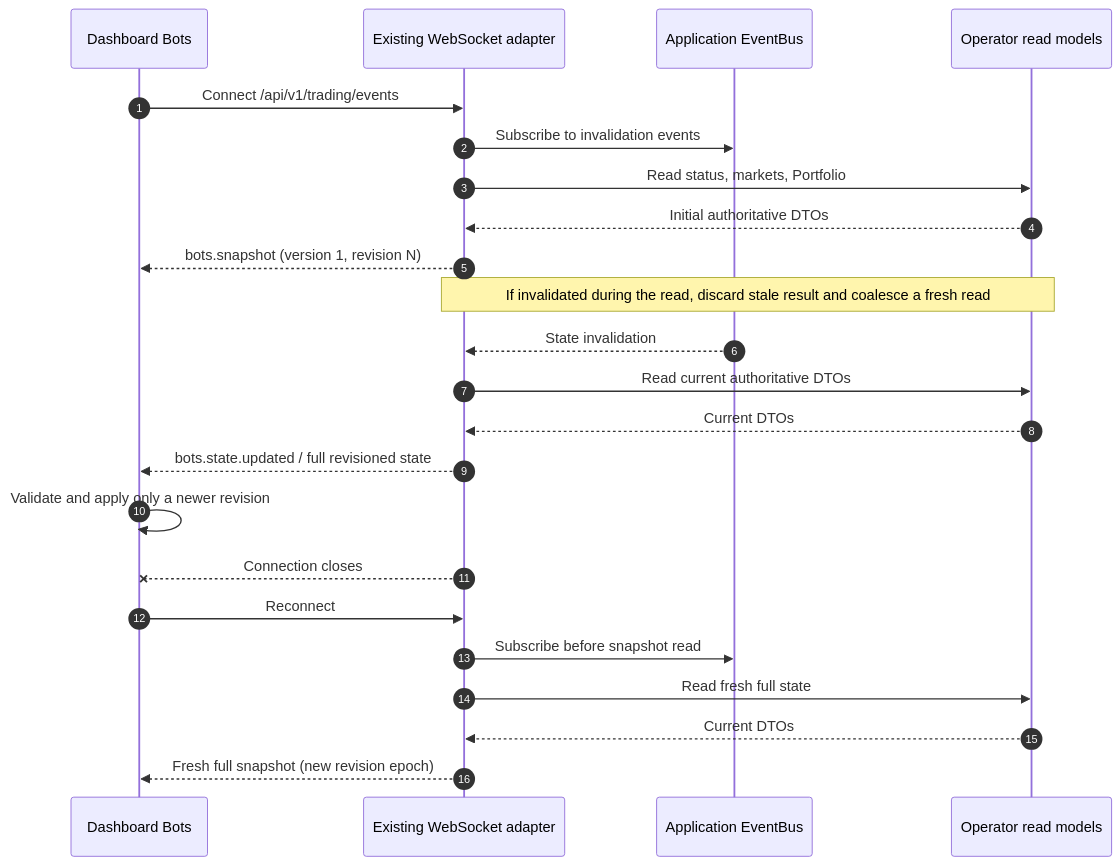
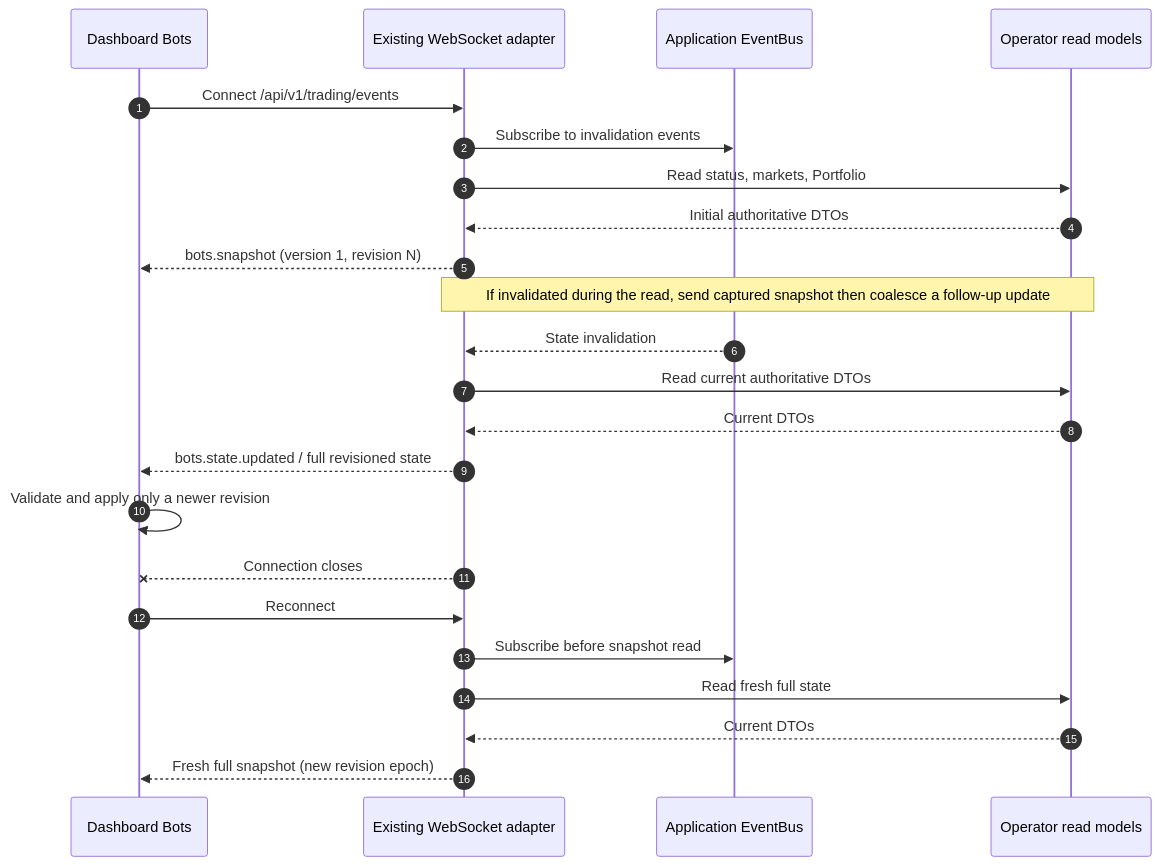
One commit to 45s/coinzilla changed the second of 3 diagrams in apps/harvester/docs/architecture.md. Above: the diagram before and after it, drawn with Mermaid. The commit also changed other lines of this file and 8 other files, not shown here.

````diff
--- a/apps/harvester/docs/architecture.md
+++ b/apps/harvester/docs/architecture.md
@@ -66,26 +66,26 @@
 ```mermaid
 sequenceDiagram
   autonumber
   participant UI as Dashboard Bots
   participant WS as Existing WebSocket adapter
   participant Bus as Application EventBus
   participant Read as Operator read models
 
   UI->>WS: Connect /api/v1/trading/events
   WS->>Bus: Subscribe to invalidation events
   WS->>Read: Read status, markets, Portfolio
   Read-->>WS: Initial authoritative DTOs
   WS-->>UI: bots.snapshot (version 1, revision N)
-  Note over WS,Read: If invalidated during the read, discard stale result and coalesce a fresh read
+  Note over WS,Read: If invalidated during the read, send captured snapshot then coalesce a follow-up update
   Bus-->>WS: State invalidation
   WS->>Read: Read current authoritative DTOs
   Read-->>WS: Current DTOs
   WS-->>UI: bots.state.updated / full revisioned state
   UI->>UI: Validate and apply only a newer revision
   WS--xUI: Connection closes
   UI->>WS: Reconnect
   WS->>Bus: Subscribe before snapshot read
   WS->>Read: Read fresh full state
   Read-->>WS: Current DTOs
   WS-->>UI: Fresh full snapshot (new revision epoch)
 ```
````
